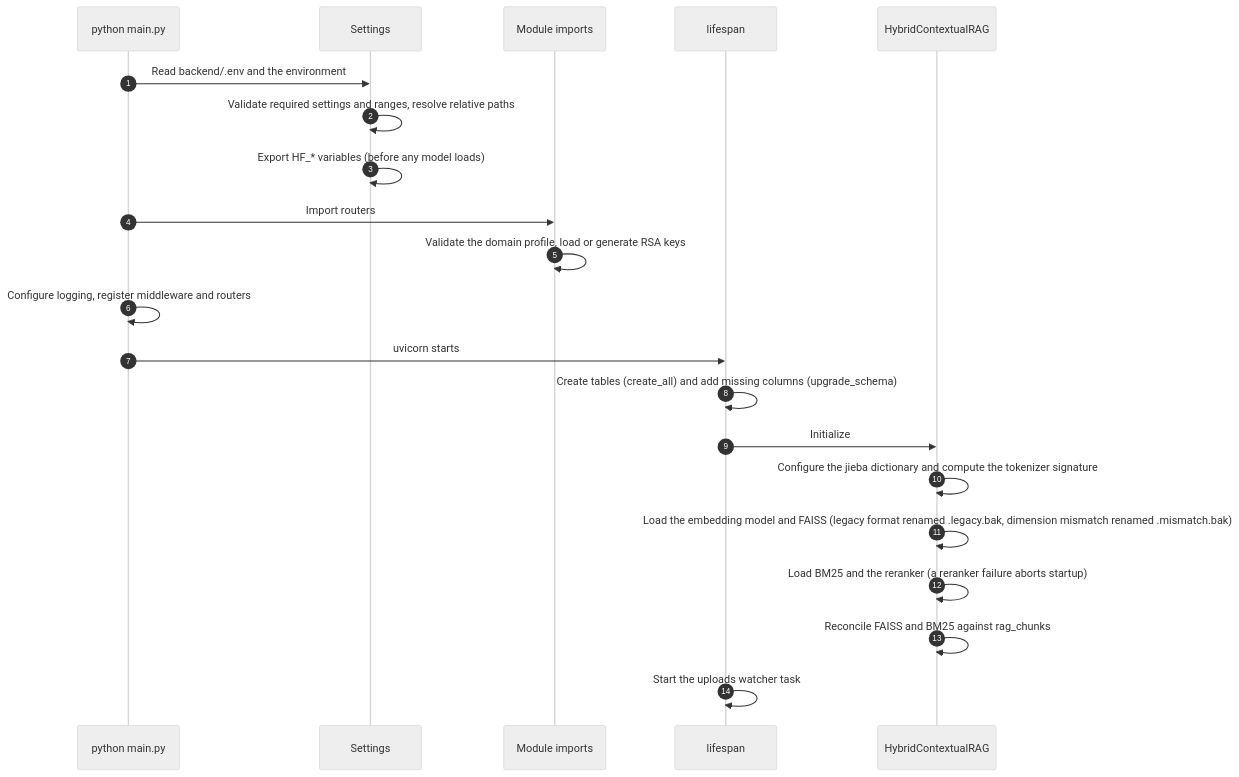
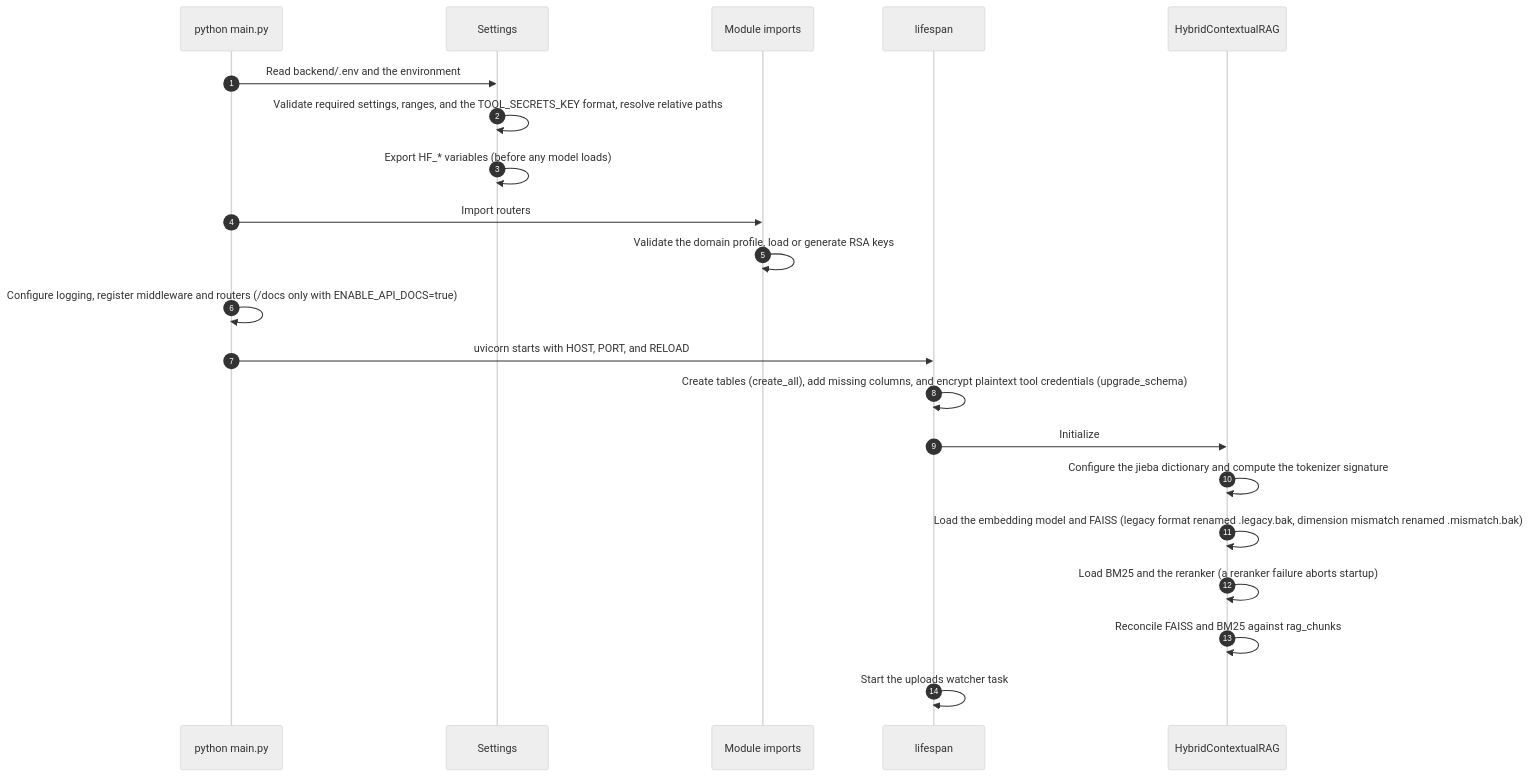
One commit to Scorpio-meow/AskMiao changed the second of 9 diagrams in docs/architecture_en.md. Above: the diagram before and after it, drawn with Mermaid (neutral theme). The commit also changed other lines of this file and 11 other files, not shown here.

````diff
--- a/docs/architecture_en.md
+++ b/docs/architecture_en.md
@@ -102,24 +102,24 @@
 ```mermaid
 sequenceDiagram
     autonumber
     participant Main as python main.py
     participant Cfg as Settings
     participant Imp as Module imports
     participant Life as lifespan
     participant RAG as HybridContextualRAG
 
     Main->>Cfg: Read backend/.env and the environment
-    Cfg->>Cfg: Validate required settings and ranges, resolve relative paths
+    Cfg->>Cfg: Validate required settings, ranges, and the TOOL_SECRETS_KEY format, resolve relative paths
     Cfg->>Cfg: Export HF_* variables (before any model loads)
     Main->>Imp: Import routers
     Imp->>Imp: Validate the domain profile, load or generate RSA keys
-    Main->>Main: Configure logging, register middleware and routers
-    Main->>Life: uvicorn starts
-    Life->>Life: Create tables (create_all) and add missing columns (upgrade_schema)
+    Main->>Main: Configure logging, register middleware and routers (/docs only with ENABLE_API_DOCS=true)
+    Main->>Life: uvicorn starts with HOST, PORT, and RELOAD
+    Life->>Life: Create tables (create_all), add missing columns, and encrypt plaintext tool credentials (upgrade_schema)
     Life->>RAG: Initialize
     RAG->>RAG: Configure the jieba dictionary and compute the tokenizer signature
     RAG->>RAG: Load the embedding model and FAISS (legacy format renamed .legacy.bak, dimension mismatch renamed .mismatch.bak)
     RAG->>RAG: Load BM25 and the reranker (a reranker failure aborts startup)
     RAG->>RAG: Reconcile FAISS and BM25 against rag_chunks
     Life->>Life: Start the uploads watcher task
 ```
````
